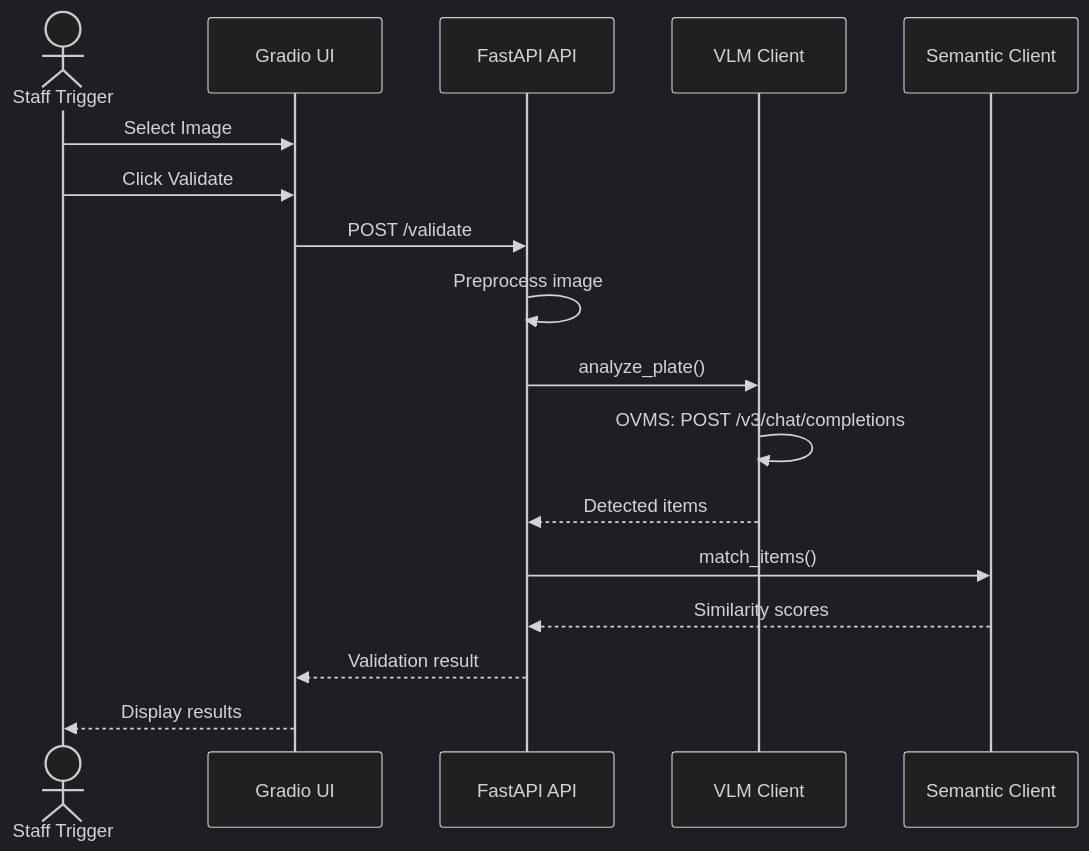
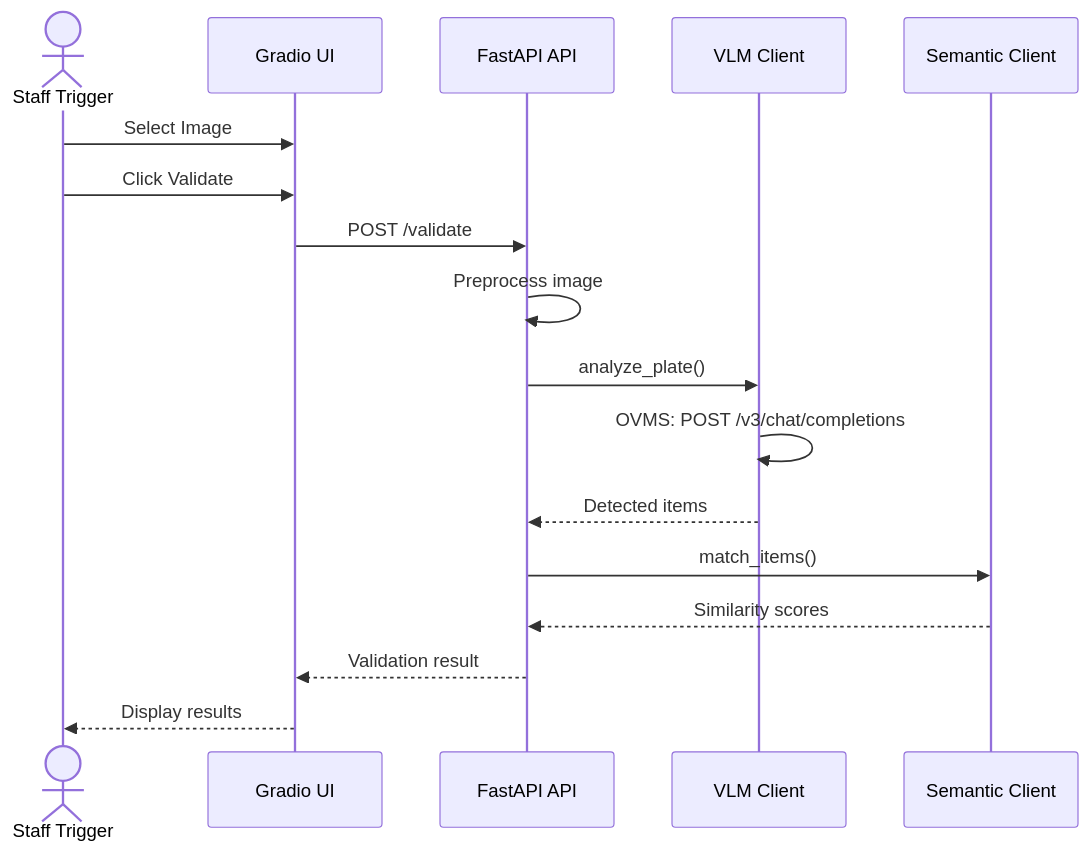
Before and after one commit to intel-retail/order-accuracy: the first of 2 diagrams in docs/user-guide/dine-in/how-it-works.md, drawn with Mermaid. The commit also changed other lines of this file, not shown here.

Commit message:
Mermaid - remove dark theme workaround

````diff
--- a/docs/user-guide/dine-in/how-it-works.md
+++ b/docs/user-guide/dine-in/how-it-works.md
@@ -13,23 +13,20 @@
 ```mermaid
----
-config: {"theme": "dark"}
----
 sequenceDiagram
     actor Staff as Staff Trigger
     participant Gradio as Gradio UI
     participant FastAPI as FastAPI API
     participant VLM as VLM Client
     participant Semantic as Semantic Client
 
     Staff->>Gradio: Select Image
     Staff->>Gradio: Click Validate
     Gradio->>FastAPI: POST /validate
     FastAPI->>FastAPI: Preprocess image
     FastAPI->>VLM: analyze_plate()
     VLM->>VLM: OVMS: POST /v3/chat/completions
     VLM-->>FastAPI: Detected items
     FastAPI->>Semantic: match_items()
     Semantic-->>FastAPI: Similarity scores
     FastAPI-->>Gradio: Validation result
     Gradio-->>Staff: Display results
 ```
````
